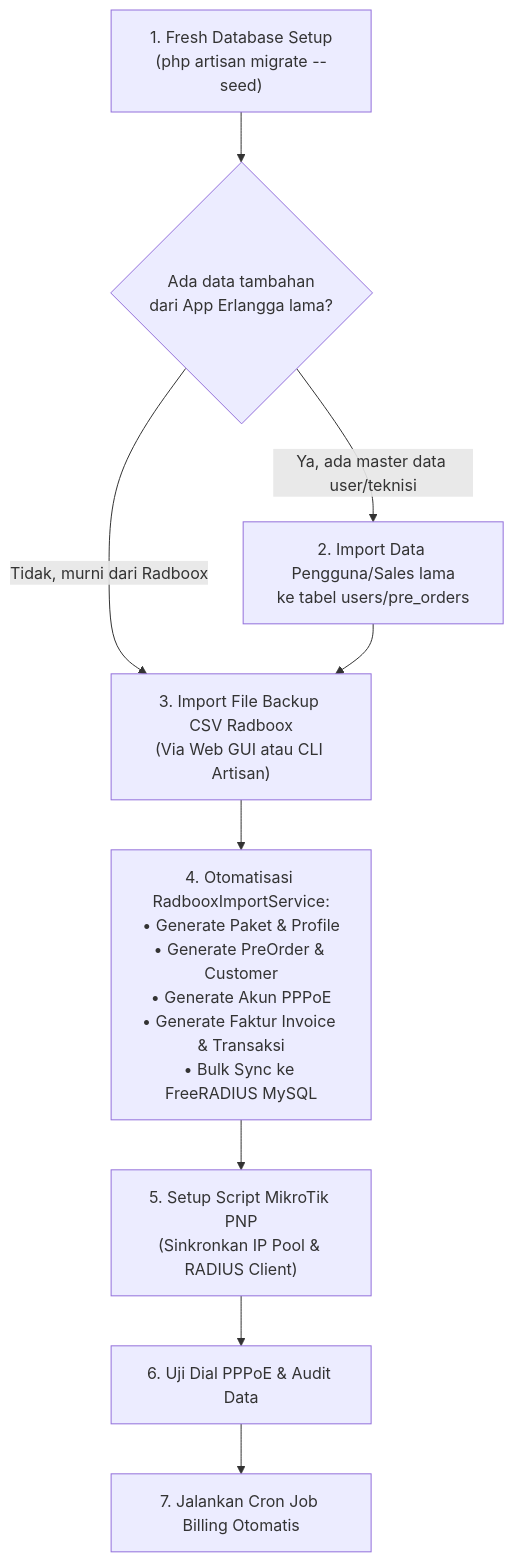
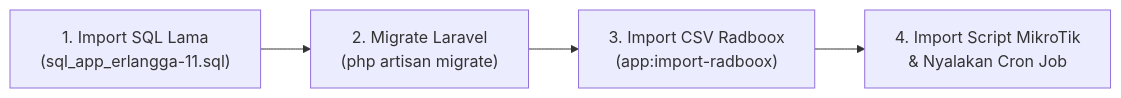
The diagram in docs/PANDUAN_MIGRASI_RADBOOX.md (muhfihakim/app-erlangga-net), drawn with Mermaid before and after one commit. The commit also changed other lines of this file, not shown here.

Commit message:
docs: streamline Radboox migration guide with exact 4 steps

````diff
--- a/docs/PANDUAN_MIGRASI_RADBOOX.md
+++ b/docs/PANDUAN_MIGRASI_RADBOOX.md
@@ -42,11 +24,6 @@
 ```mermaid
-flowchart TD
-    A["1. Fresh Database Setup<br/>(php artisan migrate --seed)"] --> B{"Ada data tambahan<br/>dari App Erlangga lama?"}
-    B -->|"Ya, ada master data user/teknisi"| C["2. Import Data Pengguna/Sales lama<br/>ke tabel users/pre_orders"]
-    B -->|"Tidak, murni dari Radboox"| D["3. Import File Backup CSV Radboox<br/>(Via Web GUI atau CLI Artisan)"]
-    C --> D
-    D --> E["4. Otomatisasi RadbooxImportService:<br/>• Generate Paket & Profile<br/>• Generate PreOrder & Customer<br/>• Generate Akun PPPoE<br/>• Generate Faktur Invoice & Transaksi<br/>• Bulk Sync ke FreeRADIUS MySQL"]
-    E --> F["5. Setup Script MikroTik PNP<br/>(Sinkronkan IP Pool & RADIUS Client)"]
-    F --> G["6. Uji Dial PPPoE & Audit Data"]
-    G --> H["7. Jalankan Cron Job Billing Otomatis"]
+flowchart LR
+    A["1. Import SQL Lama<br/>(sql_app_erlangga-11.sql)"] --> B["2. Migrate Laravel<br/>(php artisan migrate)"]
+    B --> C["3. Import CSV Radboox<br/>(app:import-radboox)"]
+    C --> D["4. Import Script MikroTik<br/>& Nyalakan Cron Job"]
 ```
````
